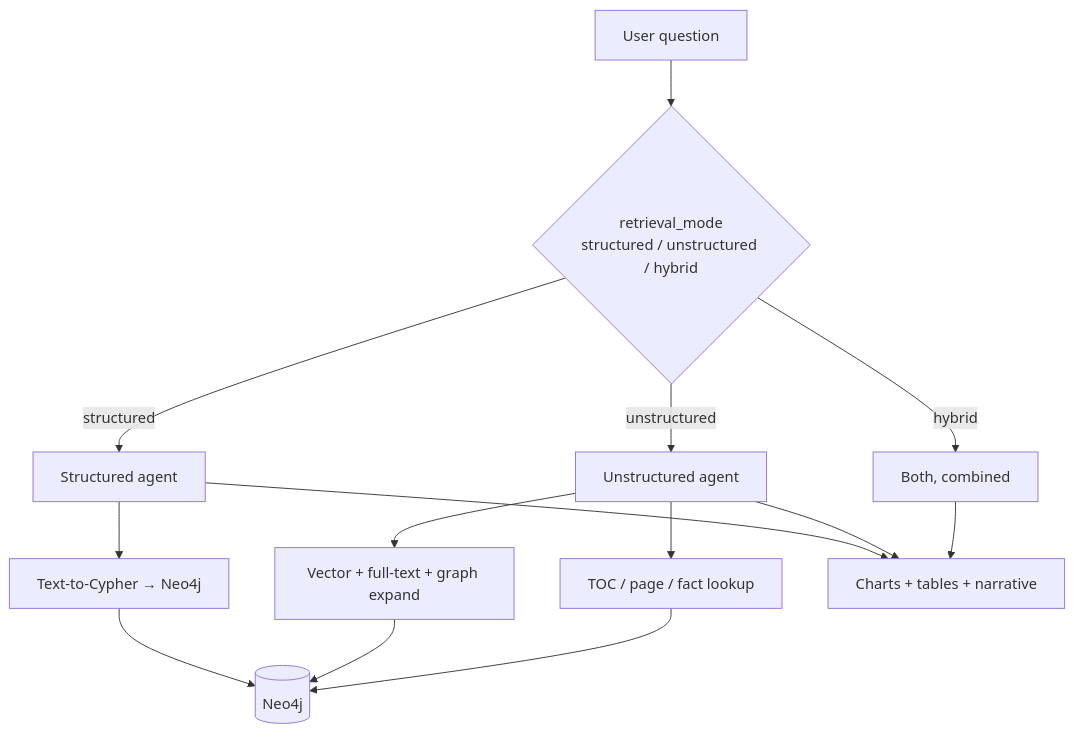
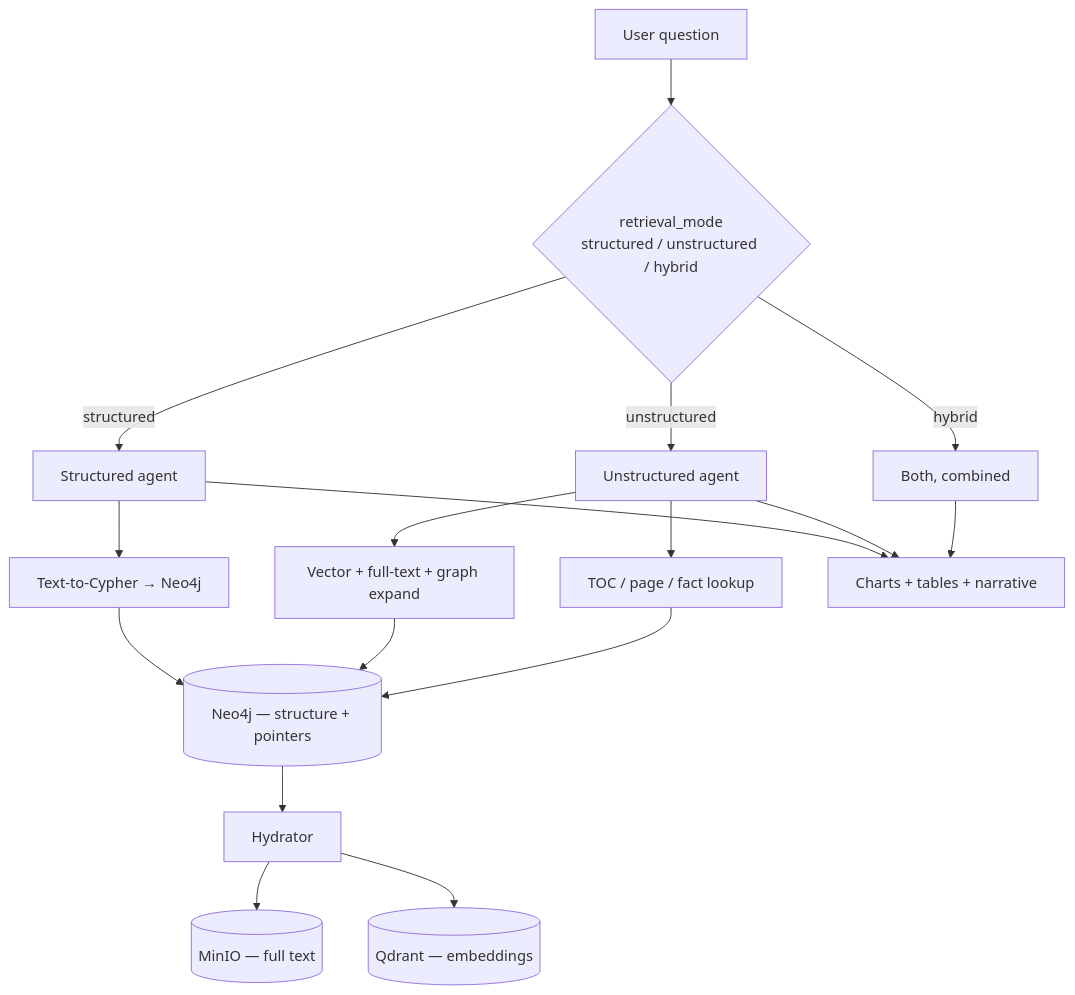
Before and after one commit to umerjavaidkh/agentic_graph_rag: the diagram in README.md, drawn with Mermaid. The commit also changed other lines of this file, not shown here.

First line of the commit message:
README: development-in-progress banner + storage-split architecture

````diff
--- a/README.md
+++ b/README.md
@@ -59,16 +63,19 @@
 ```mermaid
 flowchart TB
   Q[User question] --> M{retrieval_mode\nstructured / unstructured / hybrid}
   M -->|structured| S[Structured agent]
   M -->|unstructured| U[Unstructured agent]
   M -->|hybrid| H[Both, combined]
   S --> C[Text-to-Cypher → Neo4j]
   U --> V[Vector + full-text + graph expand]
   U --> T[TOC / page / fact lookup]
-  C --> N[(Neo4j)]
+  C --> N[(Neo4j — structure + pointers)]
   V --> N
   T --> N
+  N --> HY[Hydrator]
+  HY --> B[(MinIO — full text)]
+  HY --> QD[(Qdrant — embeddings)]
   S --> UI[Charts + tables + narrative]
   U --> UI
   H --> UI
 ```
````
